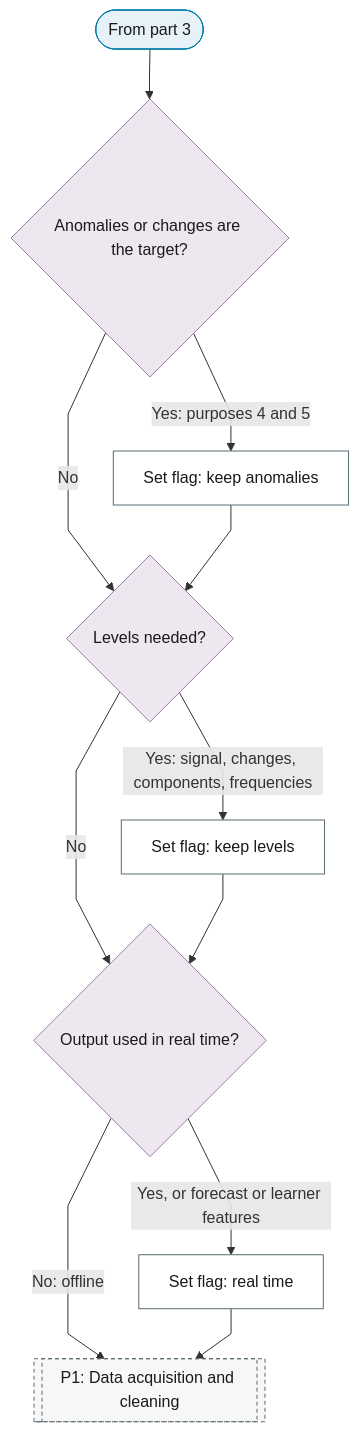
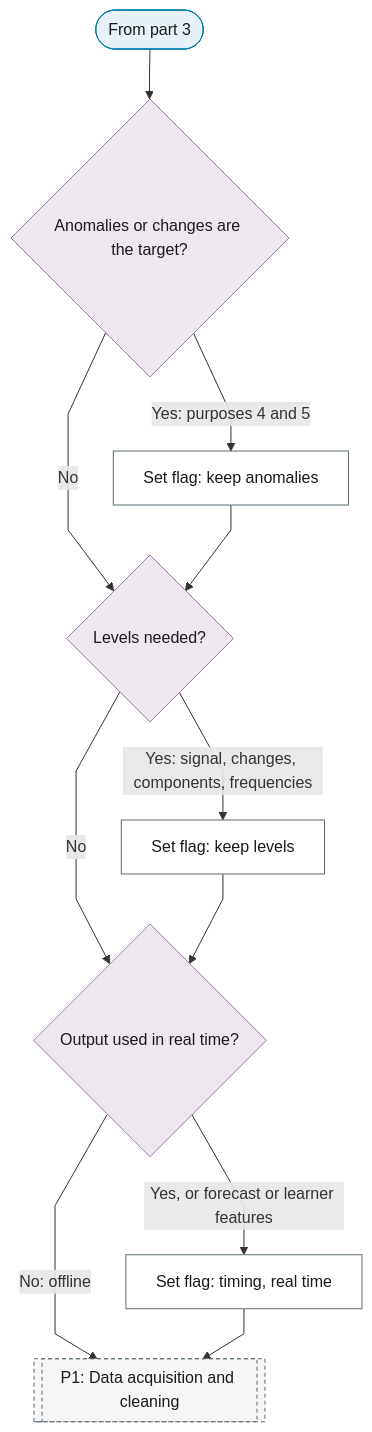
One commit to Shuxin-Y/time-series-analysis-manual changed the fourth of 4 diagrams in docs/01-workflow/p00-purpose/index.md. Above: the diagram before and after it, drawn with Mermaid. The commit also changed other lines of this file and 10 other files, not shown here.

````diff
--- a/docs/01-workflow/p00-purpose/index.md
+++ b/docs/01-workflow/p00-purpose/index.md
@@ -107,26 +107,26 @@
 ```mermaid
 %%{init: {"flowchart": {"curve": "linear"}}}%%
 graph TD
     P0_PART_4_IN(["From part 3"]) --> P0_KEEP_ANOMALIES{"Anomalies or changes are the target?"}
     P0_KEEP_ANOMALIES -->|"Yes: purposes 4 and 5"| P0_KEEP_ANOMALIES_FLAG["Set flag: keep anomalies"]
     P0_KEEP_ANOMALIES -->|"No"| P0_KEEP_LEVELS{"Levels needed?"}
     P0_KEEP_ANOMALIES_FLAG --> P0_KEEP_LEVELS
     P0_KEEP_LEVELS -->|"Yes: signal, changes, components, frequencies"| P0_KEEP_LEVELS_FLAG["Set flag: keep levels"]
     P0_KEEP_LEVELS -->|"No"| P0_TIMING{"Output used in real time?"}
     P0_KEEP_LEVELS_FLAG --> P0_TIMING
-    P0_TIMING -->|"Yes, or forecast or learner features"| P0_REAL_TIME_FLAG["Set flag: real time"]
+    P0_TIMING -->|"Yes, or forecast or learner features"| P0_REAL_TIME_FLAG["Set flag: timing, real time"]
     P0_TIMING -->|"No: offline"| P1[["P1: Data acquisition and cleaning"]]
     P0_REAL_TIME_FLAG --> P1
     class P0_PART_4_IN terminator
     class P0_KEEP_ANOMALIES,P0_KEEP_LEVELS,P0_TIMING decision
     class P0_KEEP_ANOMALIES_FLAG,P0_KEEP_LEVELS_FLAG,P0_REAL_TIME_FLAG process
     class P1 ref
     classDef terminator fill:#E6F2F7,stroke:#007BA7,color:#1A1A1A;
     classDef process fill:#FFFFFF,stroke:#5A6B73,color:#1A1A1A;
     classDef decision fill:#EFE7F0,stroke:#9B7FA7,color:#1A1A1A;
     classDef data fill:#FFF4E0,stroke:#C9A55E,color:#1A1A1A;
     classDef good fill:#DCEFD8,stroke:#4A7A3F,color:#1A1A1A;
     classDef escalate fill:#FFE9C2,stroke:#C9A55E,color:#1A1A1A;
     classDef problem fill:#F2D9DE,stroke:#800020,color:#1A1A1A;
     classDef ref fill:#F7F7F7,stroke:#5A6B73,color:#1A1A1A,stroke-dasharray:4 3;
 ```
````
